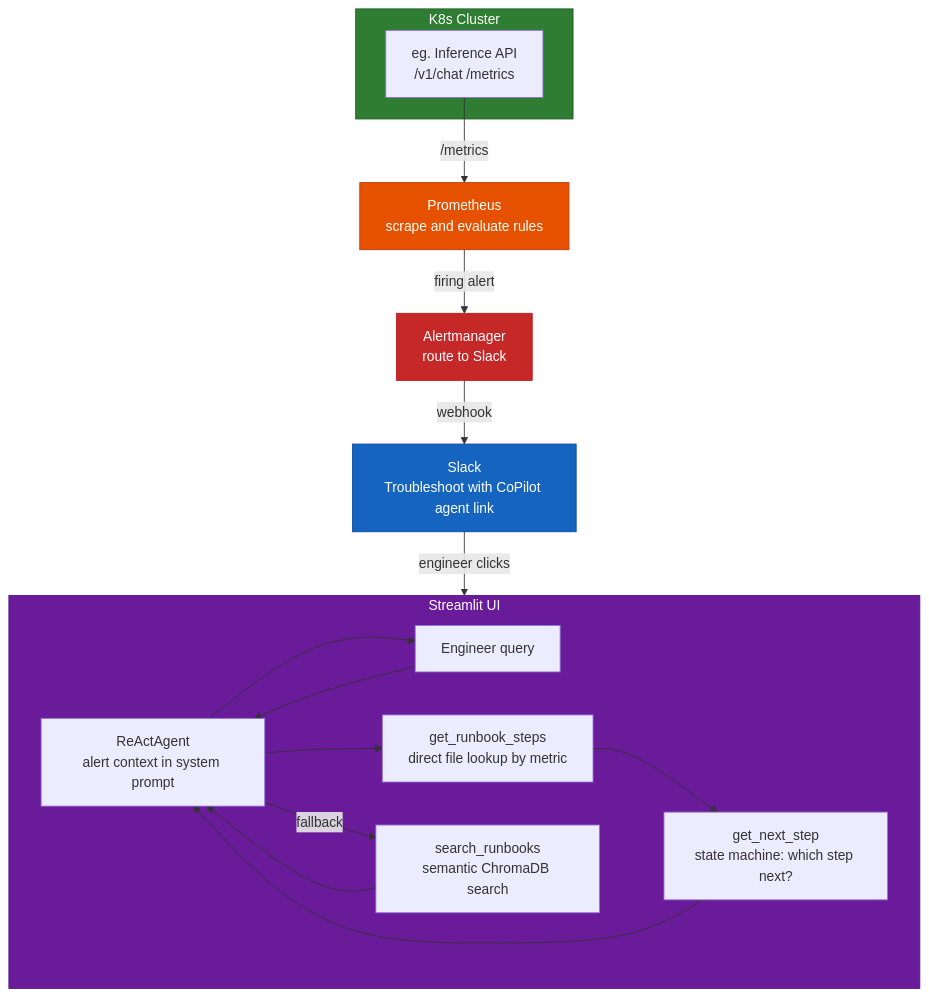
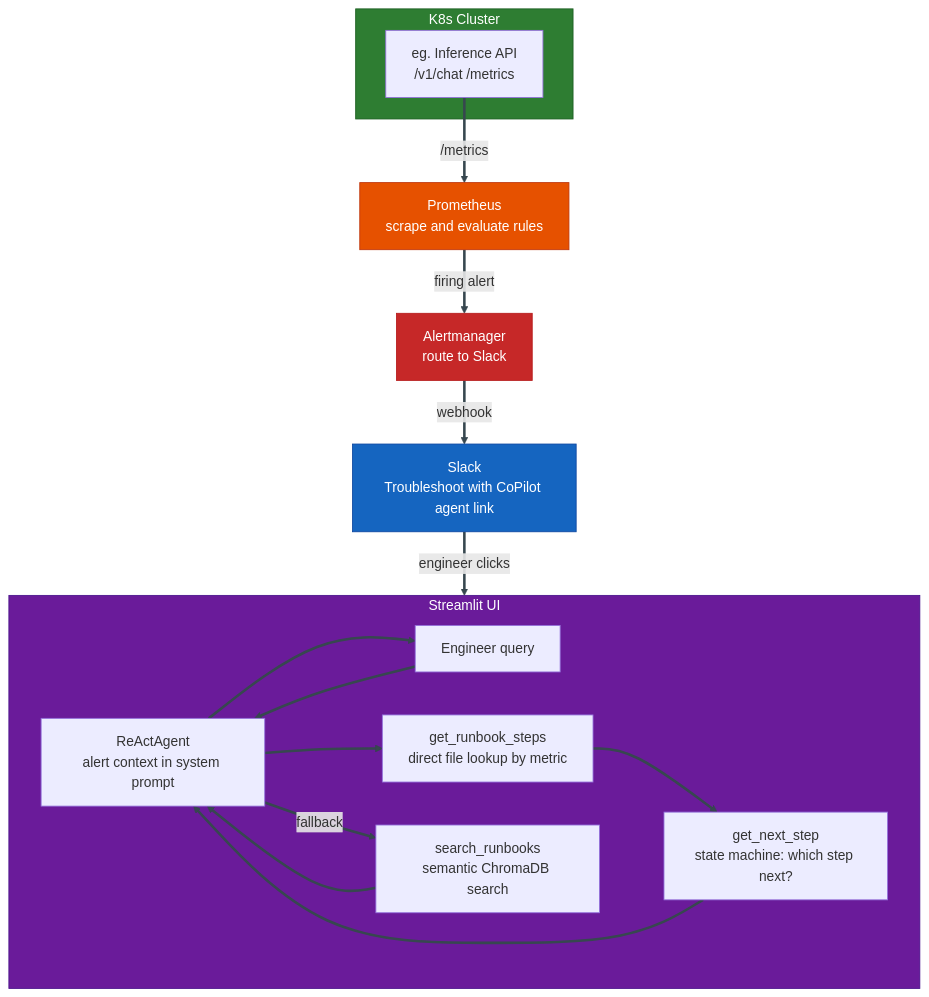
One commit to nimblenitin/sre-incident-copilot changed the diagram in README.md. Above: the diagram before and after it, drawn with Mermaid.

Commit message:
Make mermaid arrows thicker for visibility

````diff
--- a/README.md
+++ b/README.md
@@ -9,28 +9,30 @@
 ```mermaid
 flowchart TB
     subgraph k8s[K8s Cluster]
         api[eg. Inference API<br/>/v1/chat /metrics]
     end
 
     api -- /metrics --> prom[Prometheus<br/>scrape and evaluate rules]
     prom -- firing alert --> am[Alertmanager<br/>route to Slack]
     am -- webhook --> slack[Slack<br/>Troubleshoot with CoPilot agent link]
     slack -- engineer clicks --> ui
 
     subgraph ui[Streamlit UI]
         agent[ReActAgent<br/>alert context in system prompt]
         user[Engineer query] --> agent
         agent --> direct[get_runbook_steps<br/>direct file lookup by metric]
         direct --> sm[get_next_step<br/>state machine: which step next?]
         sm --> agent
         agent -- fallback --> search[search_runbooks<br/>semantic ChromaDB search]
         search --> agent
         agent --> user
     end
 
     style k8s fill:#2e7d32,color:#ffffff,stroke:#1b5e20
     style prom fill:#e65100,color:#ffffff,stroke:#bf360c
     style am fill:#c62828,color:#ffffff,stroke:#b71c1c
     style slack fill:#1565c0,color:#ffffff,stroke:#0d47a1
     style ui fill:#6a1b9a,color:#ffffff,stroke:#4a148c
+
+    linkStyle default stroke-width:3px,stroke:#37474f
 ```
````
